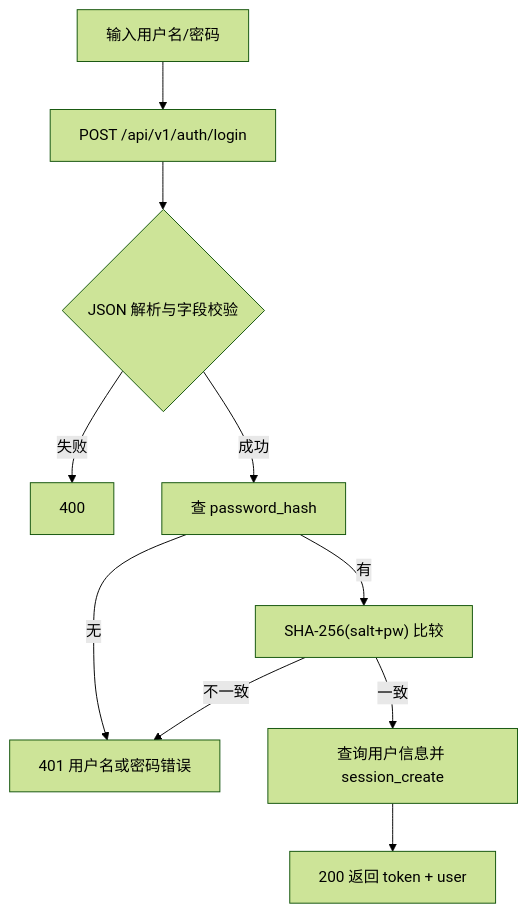
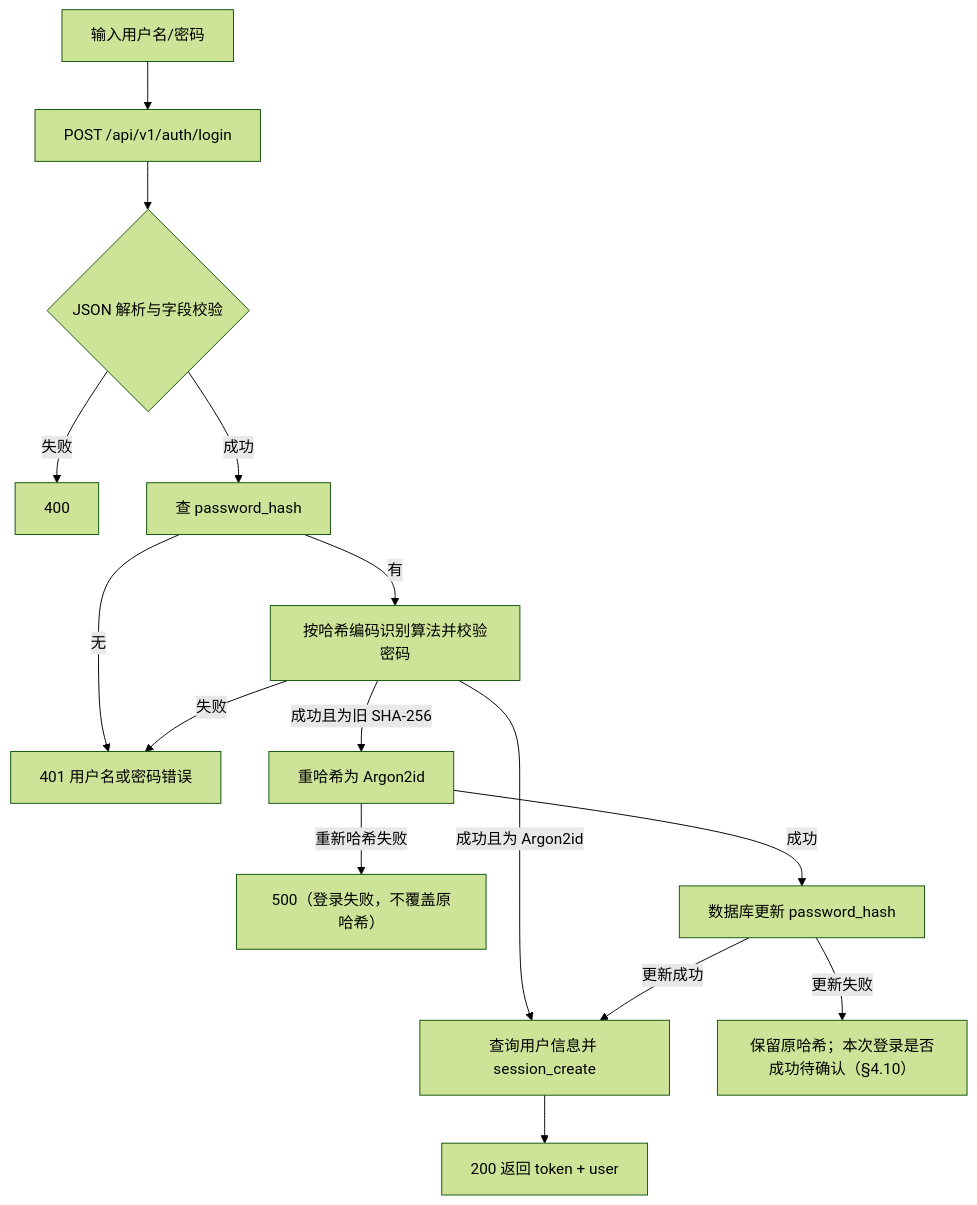
One commit to Araaaagorn/ai-question-bank changed the fifth of 16 diagrams in docs/详细功能说明书.md. Above: the diagram before and after it, drawn with Mermaid (forest theme). The commit also changed other lines of this file, not shown here.

````diff
--- a/docs/详细功能说明书.md
+++ b/docs/详细功能说明书.md
@@ -638,12 +1121,17 @@
 ```mermaid
 flowchart TD
     A["输入用户名/密码"] --> B["POST /api/v1/auth/login"]
     B --> C{"JSON 解析与字段校验"}
     C -- 失败 --> C1["400"]
     C -- 成功 --> D["查 password_hash"]
     D -- 无 --> E["401 用户名或密码错误"]
-    D -- 有 --> F["SHA-256(salt+pw) 比较"]
-    F -- 不一致 --> E
-    F -- 一致 --> G["查询用户信息并 session_create"]
+    D -- 有 --> F["按哈希编码识别算法并校验密码"]
+    F -- 失败 --> E
+    F -- 成功且为 Argon2id --> G
+    F -- 成功且为旧 SHA-256 --> F2["重哈希为 Argon2id"]
+    F2 -- 重新哈希失败 --> F2ERR["500（登录失败，不覆盖原哈希）"]
+    F2 -- 成功 --> F3["数据库更新 password_hash"]
+    F3 -- 更新失败 --> F3ERR["保留原哈希；本次登录是否成功待确认（§4.10）"]
+    F3 -- 更新成功 --> G["查询用户信息并 session_create"]
     G --> H["200 返回 token + user"]
 ```
````
